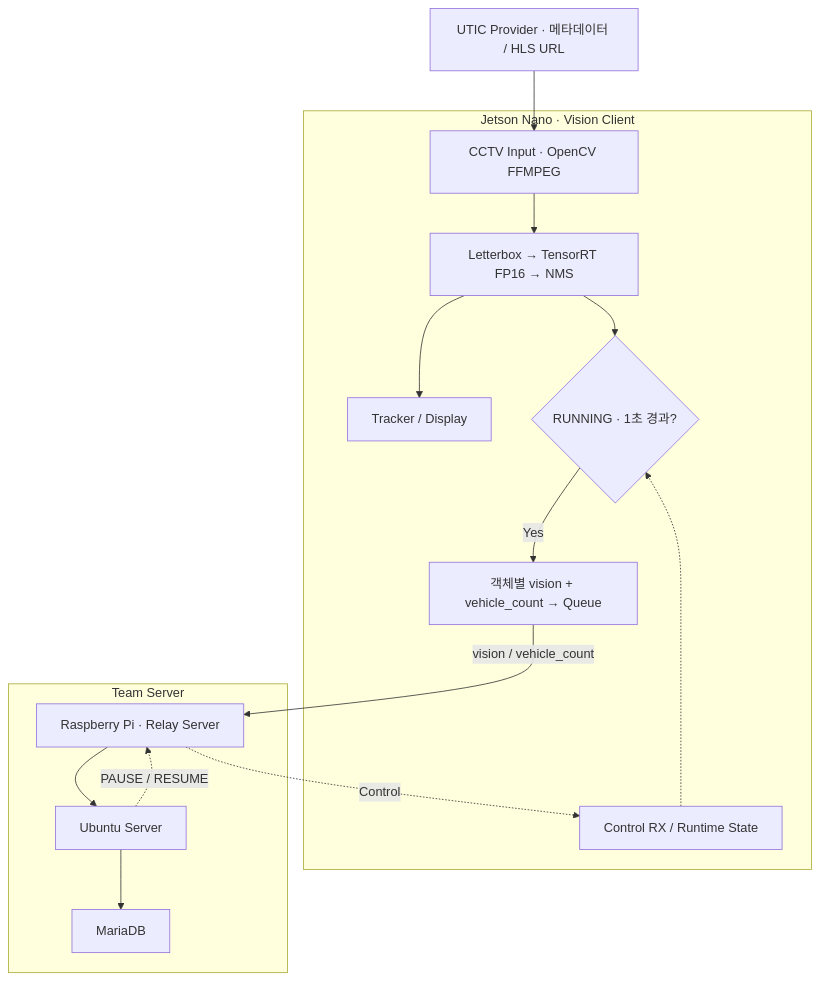
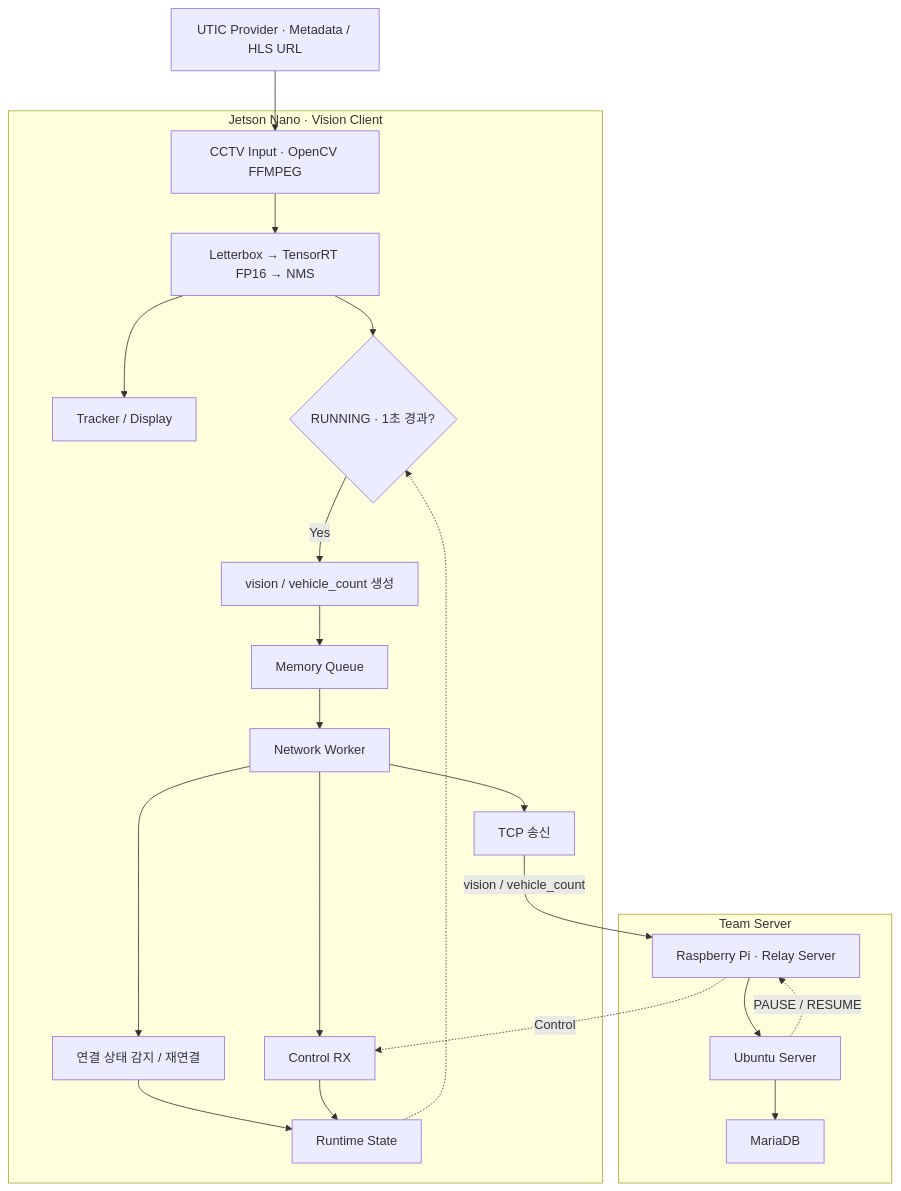
One commit to triton0305/jetson-traffic-cctv-vision changed the diagram in README.md. Above: the diagram before and after it, drawn with Mermaid. The commit also changed other lines of this file, not shown here.

Commit message:
Revise architecture diagram and project scope description
Updated architecture diagram and project scope details in README.

````diff
--- a/README.md
+++ b/README.md
@@ -87,21 +87,29 @@
 ```mermaid
 flowchart TD
-    A["UTIC Provider · 메타데이터 / HLS URL"] --> B["CCTV Input · OpenCV FFMPEG"]
+    A["UTIC Provider · Metadata / HLS URL"] --> B["CCTV Input · OpenCV FFMPEG"]
 
     subgraph J["Jetson Nano · Vision Client"]
         B --> C["Letterbox → TensorRT FP16 → NMS"]
         C --> D["Tracker / Display"]
         C --> E{"RUNNING · 1초 경과?"}
-        E -->|Yes| F["객체별 vision + vehicle_count → Queue"]
-        H["Control RX / Runtime State"] -.-> E
+        E -->|Yes| F["vision / vehicle_count 생성"]
+        F --> Q["Memory Queue"]
+        Q --> N["Network Worker"]
+
+        N --> L["TCP 송신"]
+        N --> R["연결 상태 감지 / 재연결"]
+        N --> H["Control RX"]
+        R --> S["Runtime State"]
+        H --> S
+        S -.-> E
     end
 
-    subgraph S["Team Server"]
+    subgraph T["Team Server"]
         G["Raspberry Pi · Relay Server"] --> U["Ubuntu Server"]
         U --> M["MariaDB"]
     end
 
-    F -->|vision / vehicle_count| G
+    L -->|vision / vehicle_count| G
     U -.->|PAUSE / RESUME| G
     G -.->|Control| H
 ```
````
